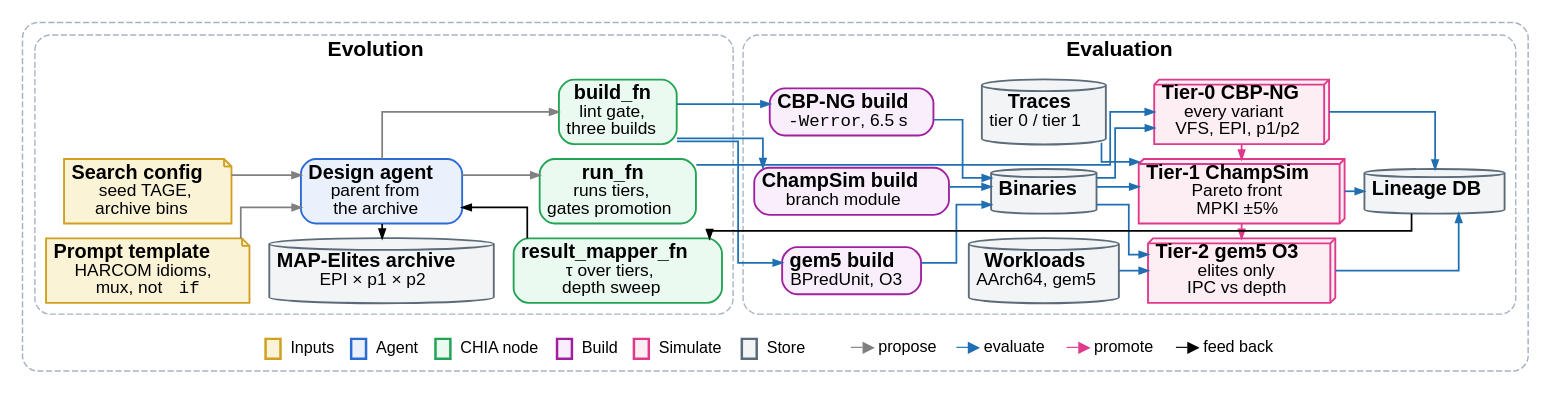
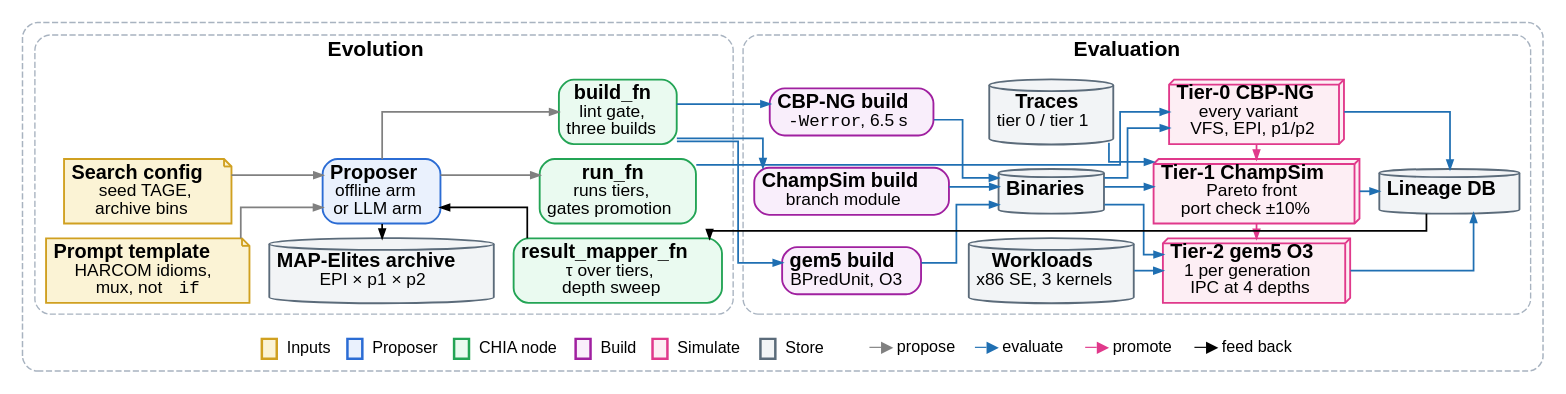
One commit to chia-hackathon/chia changed the diagram in examples/bp_evolve/paper/loop.dot. Above: the diagram before and after it, drawn with Graphviz. The commit also changed 1 other file, not shown here.

```diff
--- a/examples/bp_evolve/paper/loop.dot
+++ b/examples/bp_evolve/paper/loop.dot
@@ -1,137 +1,137 @@
 // The CHIA evolutionary loop for branch-predictor search.
 // Adapted from a3-hackathon/bp-evolve-loop.dot, retuned for a two-column
 // IEEE figure*: tighter separations, shorter labels, one-row legend.
 // Build:  dot -Tpdf loop.dot -o loop.pdf
 digraph bp_evolve_loop {
   graph [fontname="Helvetica", bgcolor="white", rankdir=LR, splines=ortho,
          compound=true, nodesep=0.16, ranksep=0.22,
          margin=0, pad=0.04];
   node  [fontname="Helvetica", shape=box, style="rounded,filled", penwidth=1.5,
          margin="0.09,0.06", fontsize=16];
   edge  [fontname="Helvetica", fontsize=10, penwidth=1.4, arrowsize=0.7];
 
   subgraph cluster_all {
     style="rounded,dashed"; color="#a8b3c0"; penwidth=1.2; margin=10;
     labelloc=b; fontsize=12;
     label=<<TABLE BORDER="0" CELLBORDER="0" CELLSPACING="5" CELLPADDING="2">
       <TR>
         <TD BORDER="2" COLOR="#d0a020" BGCOLOR="#fbf3d5" WIDTH="14" HEIGHT="12"></TD><TD ALIGN="LEFT"><FONT POINT-SIZE="13">Inputs</FONT></TD>
-        <TD BORDER="2" COLOR="#2b6cd4" BGCOLOR="#eaf1fd" WIDTH="14" HEIGHT="12"></TD><TD ALIGN="LEFT"><FONT POINT-SIZE="13">Agent</FONT></TD>
+        <TD BORDER="2" COLOR="#2b6cd4" BGCOLOR="#eaf1fd" WIDTH="14" HEIGHT="12"></TD><TD ALIGN="LEFT"><FONT POINT-SIZE="13">Proposer</FONT></TD>
         <TD BORDER="2" COLOR="#23a455" BGCOLOR="#eafaf0" WIDTH="14" HEIGHT="12"></TD><TD ALIGN="LEFT"><FONT POINT-SIZE="13">CHIA node</FONT></TD>
         <TD BORDER="2" COLOR="#a020a0" BGCOLOR="#f9eefb" WIDTH="14" HEIGHT="12"></TD><TD ALIGN="LEFT"><FONT POINT-SIZE="13">Build</FONT></TD>
         <TD BORDER="2" COLOR="#e0398b" BGCOLOR="#fdeef4" WIDTH="14" HEIGHT="12"></TD><TD ALIGN="LEFT"><FONT POINT-SIZE="13">Simulate</FONT></TD>
         <TD BORDER="2" COLOR="#5b6b7a" BGCOLOR="#f2f4f6" WIDTH="14" HEIGHT="12"></TD><TD ALIGN="LEFT"><FONT POINT-SIZE="13">Store</FONT></TD>
         <TD WIDTH="18"></TD>
         <TD ALIGN="LEFT"><FONT POINT-SIZE="13" COLOR="#808080">&#9472;&#9654;</FONT> <FONT POINT-SIZE="13">propose</FONT></TD>
         <TD ALIGN="LEFT"><FONT POINT-SIZE="13" COLOR="#1f6fb2">&#9472;&#9654;</FONT> <FONT POINT-SIZE="13">evaluate</FONT></TD>
         <TD ALIGN="LEFT"><FONT POINT-SIZE="13" COLOR="#e0398b">&#9472;&#9654;</FONT> <FONT POINT-SIZE="13">promote</FONT></TD>
         <TD ALIGN="LEFT"><FONT POINT-SIZE="13" COLOR="#000000">&#9472;&#9654;</FONT> <FONT POINT-SIZE="13">feed back</FONT></TD>
       </TR>
     </TABLE>>;
 
     // ---------------- Evolution ----------------
     subgraph cluster_evo {
       label=<<B>Evolution</B>>; labelloc=t; fontsize=17; labeljust=c;
       style="rounded,dashed"; color="#a8b3c0"; penwidth=1.1; margin=9;
 
       cfg  [shape=note, style="filled", fillcolor="#fbf3d5", color="#d0a020",
             label=<<B>Search config</B><BR/><FONT POINT-SIZE="14">seed TAGE,<BR/>archive bins</FONT>>];
       tmpl [shape=note, style="filled", fillcolor="#fbf3d5", color="#d0a020",
             label=<<B>Prompt template</B><BR/><FONT POINT-SIZE="14">HARCOM idioms,<BR/>mux, not <FONT FACE="Courier">if</FONT></FONT>>];
 
       agent [fillcolor="#eaf1fd", color="#2b6cd4",
-             label=<<B>Design agent</B><BR/><FONT POINT-SIZE="14">parent from<BR/>the archive</FONT>>];
+             label=<<B>Proposer</B><BR/><FONT POINT-SIZE="14">offline arm<BR/>or LLM arm</FONT>>];
       arch  [shape=cylinder, style="filled", fillcolor="#f2f4f6", color="#5b6b7a",
              label=<<B>MAP&#8209;Elites archive</B><BR/><FONT POINT-SIZE="14">EPI &#215; p1 &#215; p2</FONT>>];
 
       bfn [fillcolor="#eafaf0", color="#23a455",
            label=<<B>build_fn</B><BR/><FONT POINT-SIZE="14">lint gate,<BR/>three builds</FONT>>];
       rfn [fillcolor="#eafaf0", color="#23a455",
            label=<<B>run_fn</B><BR/><FONT POINT-SIZE="14">runs tiers,<BR/>gates promotion</FONT>>];
       mfn [fillcolor="#eafaf0", color="#23a455",
            label=<<B>result_mapper_fn</B><BR/><FONT POINT-SIZE="14">&#964; over tiers,<BR/>depth sweep</FONT>>];
 
       {rank=same; cfg; tmpl;}
       {rank=same; agent; arch;}
       {rank=same; bfn; rfn; mfn;}
     }
 
     // ---------------- Evaluation ----------------
     subgraph cluster_eval {
       label=<<B>Evaluation</B>>; labelloc=t; fontsize=17; labeljust=c;
       style="rounded,dashed"; color="#a8b3c0"; penwidth=1.1; margin=9;
 
       cbpb [fillcolor="#f9eefb", color="#a020a0",
             label=<<B>CBP&#8209;NG build</B><BR/><FONT POINT-SIZE="14"><FONT FACE="Courier">-Werror</FONT>, 6.5 s</FONT>>];
       csb  [fillcolor="#f9eefb", color="#a020a0",
             label=<<B>ChampSim build</B><BR/><FONT POINT-SIZE="14">branch module</FONT>>];
       g5b  [fillcolor="#f9eefb", color="#a020a0",
             label=<<B>gem5 build</B><BR/><FONT POINT-SIZE="14">BPredUnit, O3</FONT>>];
 
       blds [shape=cylinder, style="filled", fillcolor="#f2f4f6", color="#5b6b7a", label=<<B>Binaries</B>>];
       trcs [shape=cylinder, style="filled", fillcolor="#f2f4f6", color="#5b6b7a",
             label=<<B>Traces</B><BR/><FONT POINT-SIZE="14">tier 0 / tier 1</FONT>>];
       bins [shape=cylinder, style="filled", fillcolor="#f2f4f6", color="#5b6b7a",
-            label=<<B>Workloads</B><BR/><FONT POINT-SIZE="14">AArch64, gem5</FONT>>];
+            label=<<B>Workloads</B><BR/><FONT POINT-SIZE="14">x86 SE, 3 kernels</FONT>>];
 
       t0 [shape=box3d, style="filled", fillcolor="#fdeef4", color="#e0398b", penwidth=1.5,
           label=<<B>Tier&#8209;0 CBP&#8209;NG</B><BR/><FONT POINT-SIZE="14">every variant<BR/>VFS, EPI, p1/p2</FONT>>];
       t1 [shape=box3d, style="filled", fillcolor="#fdeef4", color="#e0398b", penwidth=1.5,
-          label=<<B>Tier&#8209;1 ChampSim</B><BR/><FONT POINT-SIZE="14">Pareto front<BR/>MPKI &#177;5%</FONT>>];
+          label=<<B>Tier&#8209;1 ChampSim</B><BR/><FONT POINT-SIZE="14">Pareto front<BR/>port check &#177;10%</FONT>>];
       t2 [shape=box3d, style="filled", fillcolor="#fdeef4", color="#e0398b", penwidth=1.5,
-          label=<<B>Tier&#8209;2 gem5 O3</B><BR/><FONT POINT-SIZE="14">elites only<BR/>IPC vs depth</FONT>>];
+          label=<<B>Tier&#8209;2 gem5 O3</B><BR/><FONT POINT-SIZE="14">1 per generation<BR/>IPC at 4 depths</FONT>>];
 
       edb  [shape=cylinder, style="filled", fillcolor="#f2f4f6", color="#5b6b7a", label=<<B>Lineage DB</B>>];
 
       {rank=same; cbpb; csb; g5b;}
       {rank=same; blds; trcs; bins;}
       {rank=same; t0; t1; t2;}
     }
 
 
 
     // ---- row rails: invisible high-weight chains that align each column's rows
     edge [style=invis, weight=500];
     bfn  -> cbpb  -> trcs -> t0;
     cfg  -> agent -> rfn  -> csb  -> blds -> t1;
     tmpl -> arch  -> mfn  -> g5b  -> bins -> t2;
     edge [style=solid, weight=1];
 
     // ---------------- propose (gray) ----------------
     edge [color="#808080"];
     cfg   -> agent;
     tmpl  -> agent;
     agent -> bfn;
     agent -> rfn;
 
     // ---------------- evaluate (blue) ----------------
     edge [color="#1f6fb2"];
     bfn  -> cbpb;
     bfn  -> csb;
     bfn  -> g5b;
     cbpb -> blds;
     csb  -> blds;
     g5b  -> blds;
     rfn  -> t0 [constraint=false];
     blds -> t0;
     blds -> t1;
     blds -> t2;
     trcs -> t1;
     bins -> t2;
     t0   -> edb;
     t1   -> edb;
     t2   -> edb;
 
     // ---------------- promote (pink) ----------------
     edge [color="#e0398b", fontcolor="#c0206e", constraint=false];
     t0 -> t1;
     t1 -> t2;
     edge [constraint=true];
 
     // ---------------- feed back (black) ----------------
     edge [color="#000000", fontcolor="#000000"];
     edb   -> mfn   [constraint=false];
     mfn   -> agent [constraint=false];
     arch  -> agent [dir=back, weight=5];
   }
 }
```
